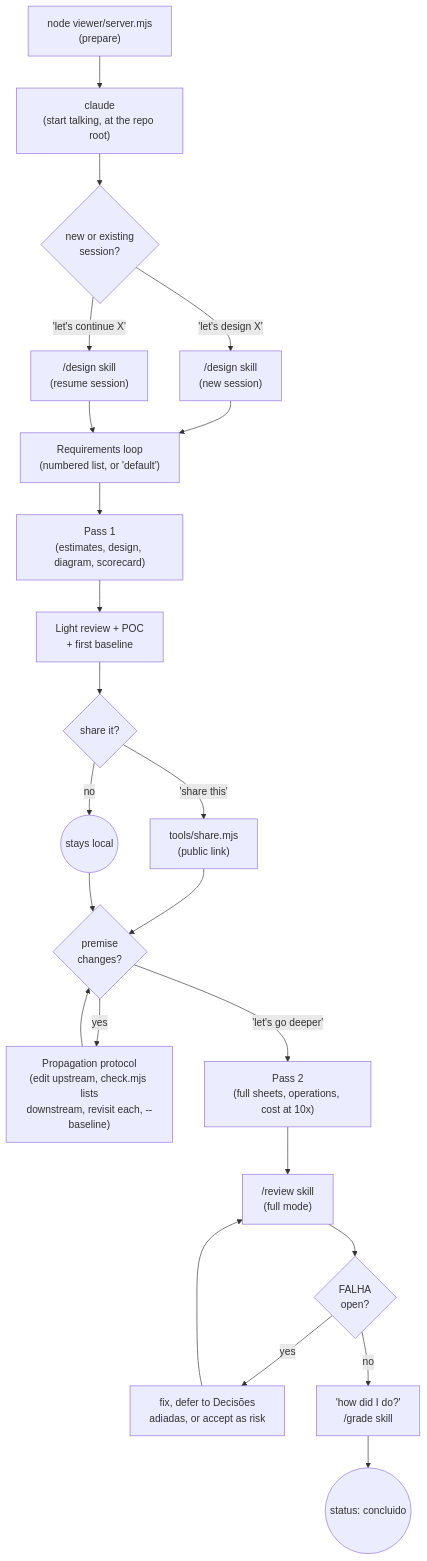
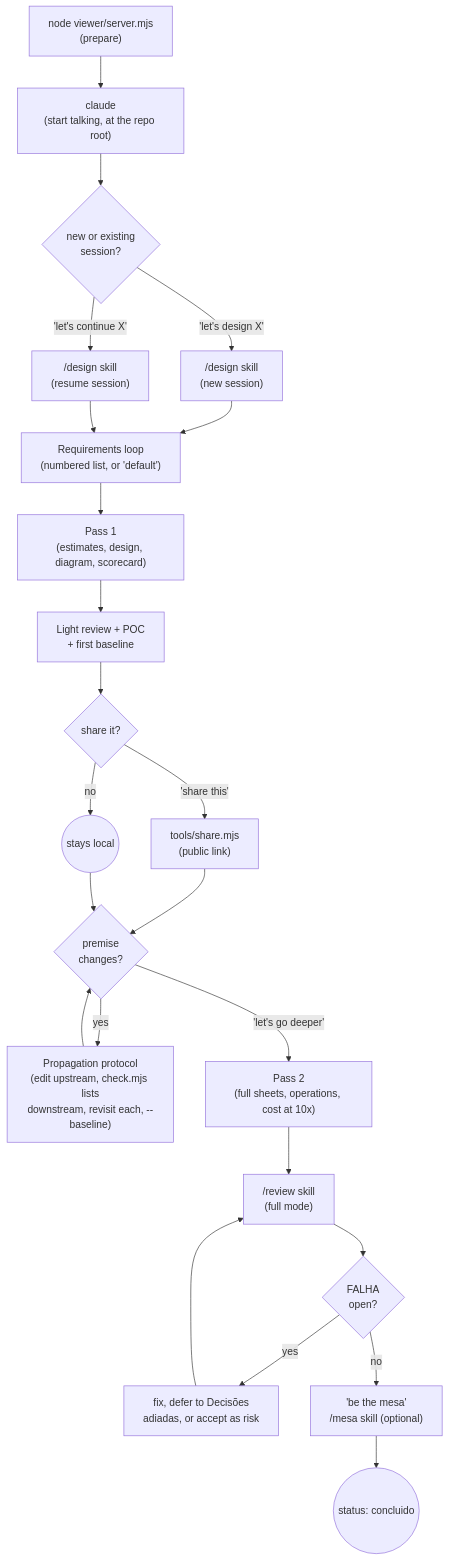
The diagram in FLUXO.md (jonatasrenan/system-design-studio), drawn with Mermaid before and after one commit. The commit also changed other lines of this file and 24 other files, not shown here.

````diff
--- a/FLUXO.md
+++ b/FLUXO.md
@@ -7,25 +7,25 @@
 ```mermaid
 flowchart TD
   A["node viewer/server.mjs<br/>(prepare)"] --> B["claude<br/>(start talking, at the repo root)"]
   B --> C{"new or existing<br/>session?"}
   C -->|"'let's design X'"| D["/design skill<br/>(new session)"]
   C -->|"'let's continue X'"| E["/design skill<br/>(resume session)"]
   D --> F["Requirements loop<br/>(numbered list, or 'default')"]
   F --> G["Pass 1<br/>(estimates, design, diagram, scorecard)"]
   G --> H["Light review + POC<br/>+ first baseline"]
   H --> I{"share it?"}
   I -->|"'share this'"| J["tools/share.mjs<br/>(public link)"]
   I -->|no| K(("stays local"))
   J --> L
   K --> L{"premise<br/>changes?"}
   L -->|yes| M["Propagation protocol<br/>(edit upstream, check.mjs lists<br/>downstream, revisit each, --baseline)"]
   M --> L
   L -->|"'let's go deeper'"| N["Pass 2<br/>(full sheets, operations, cost at 10x)"]
   N --> O["/review skill<br/>(full mode)"]
   O --> P{"FALHA<br/>open?"}
   P -->|yes| Q["fix, defer to Decisões<br/>adiadas, or accept as risk"]
   Q --> O
-  P -->|no| R["'how did I do?'<br/>/grade skill"]
+  P -->|no| R["'be the mesa'<br/>/mesa skill (optional)"]
   R --> S(("status: concluido"))
   E --> F
 ```
````
